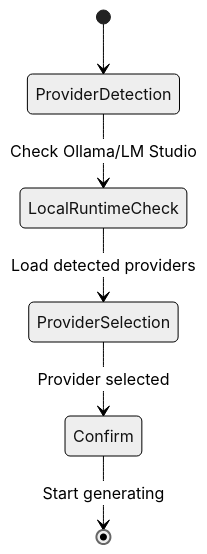
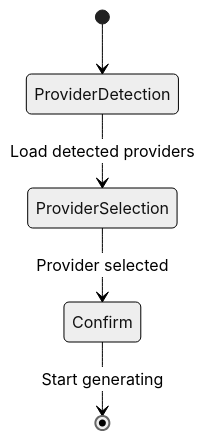
The tenth of 11 diagrams in .qoder/repowiki/en/content/AI Generation Engine/AI Provider Adapters/AI Provider Adapters.md (shekhargiri005-dotcom/AI-powered-accessibility-first-UI-engine), drawn with Mermaid (neutral theme) before and after one commit. The commit also changed other lines of this file and 6 other files, not shown here.

First line of the commit message:
fix: VersionTimeline visibility and reduce inactivity timeout to 15min

````diff
--- a/.qoder/repowiki/en/content/AI Generation Engine/AI Provider Adapters/AI Provider Adapters.md
+++ b/.qoder/repowiki/en/content/AI Generation Engine/AI Provider Adapters/AI Provider Adapters.md
@@ -478,8 +444,7 @@
 ```mermaid
 stateDiagram-v2
 [*] --> ProviderDetection
-ProviderDetection --> LocalRuntimeCheck : Check Ollama/LM Studio
-LocalRuntimeCheck --> ProviderSelection : Load detected providers
+ProviderDetection --> ProviderSelection : Load detected providers
 ProviderSelection --> Confirm : Provider selected
 Confirm --> [*] : Start generating
 ```
````
